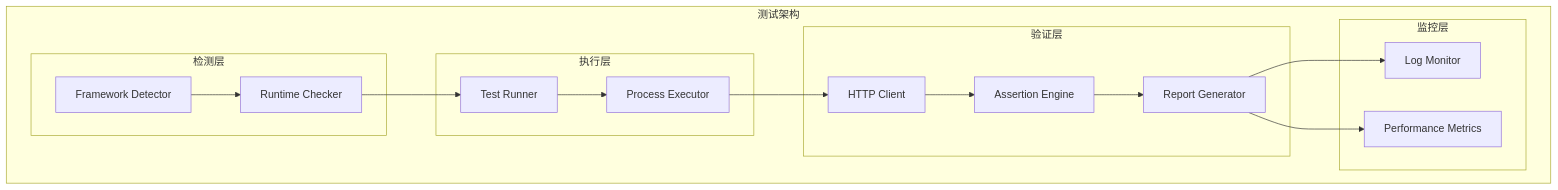
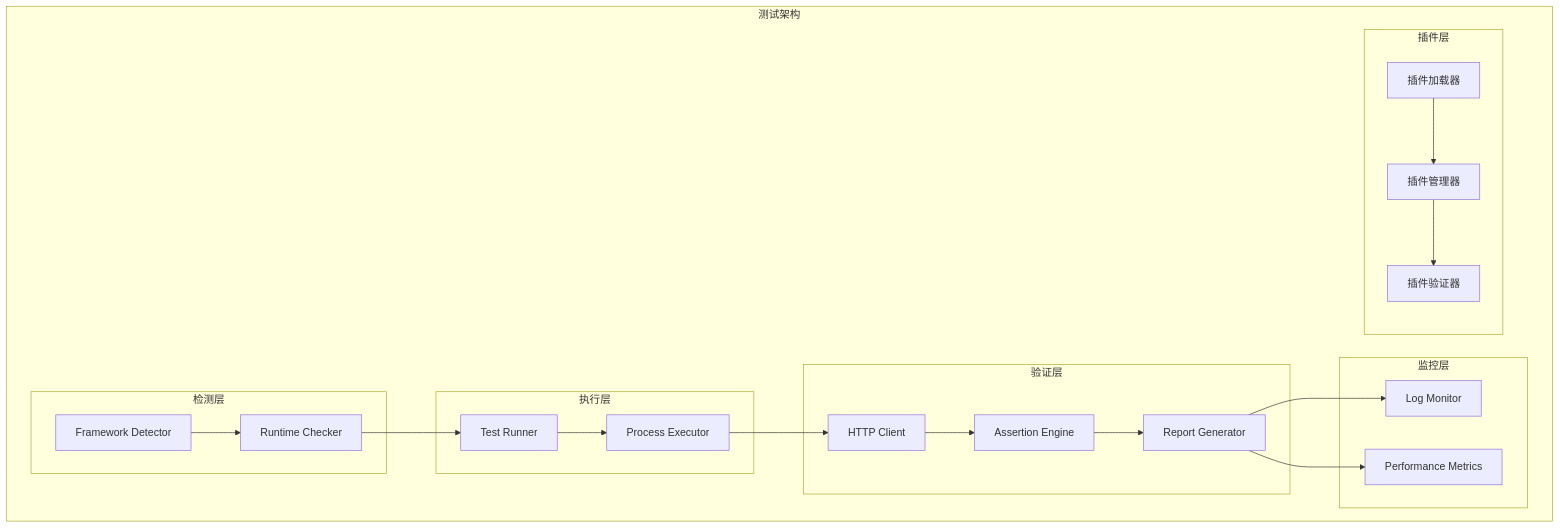
The fourth of 14 diagrams in .qoder/repowiki/zh/content/后端框架测试/Fastify高性能框架测试.md (esa-sp/test-for-aone-ci), drawn with Mermaid before and after one commit. The commit also changed other lines of this file and 119 other files, not shown here.

````diff
--- a/.qoder/repowiki/zh/content/后端框架测试/Fastify高性能框架测试.md
+++ b/.qoder/repowiki/zh/content/后端框架测试/Fastify高性能框架测试.md
@@ -129,30 +194,37 @@
 ```mermaid
 graph TD
 subgraph "测试架构"
 subgraph "检测层"
 Detector[Framework Detector]
 Checker[Runtime Checker]
 end
 subgraph "执行层"
 Runner[Test Runner]
 Executor[Process Executor]
 end
 subgraph "验证层"
 HTTP[HTTP Client]
 Assert[Assertion Engine]
 Reporter[Report Generator]
 end
 subgraph "监控层"
 Logger[Log Monitor]
 Metrics[Performance Metrics]
 end
+subgraph "插件层"
+PluginLoader[插件加载器]
+PluginManager[插件管理器]
+PluginValidator[插件验证器]
+end
 end
 Detector --> Checker
 Checker --> Runner
 Runner --> Executor
 Executor --> HTTP
 HTTP --> Assert
 Assert --> Reporter
 Reporter --> Logger
 Reporter --> Metrics
+PluginLoader --> PluginManager
+PluginManager --> PluginValidator
 ```
````
